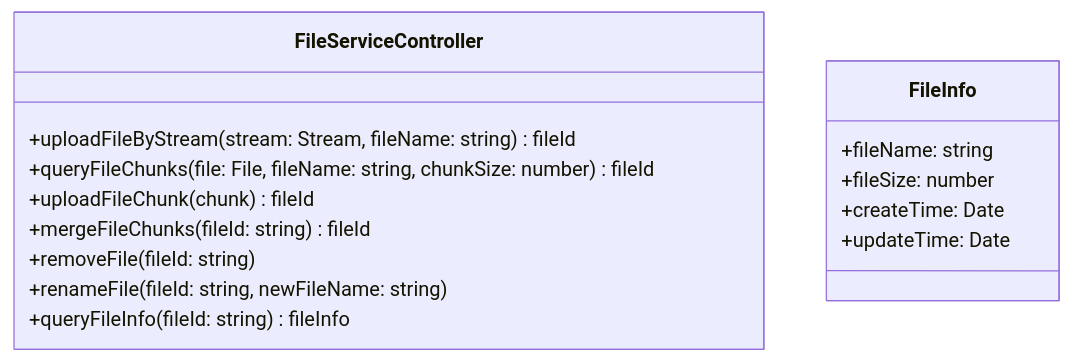
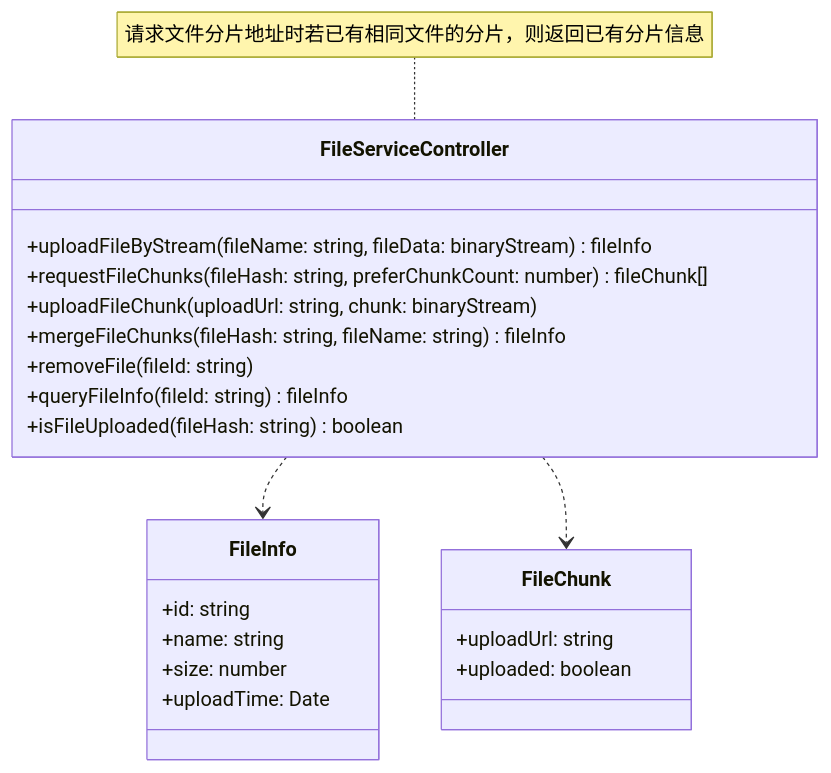
One commit to niuiic/file-service changed the second of 3 diagrams in README.md. Above: the diagram before and after it, drawn with Mermaid. The commit also changed other lines of this file, not shown here.

````diff
--- a/README.md
+++ b/README.md
@@ -39,22 +38,29 @@
 ```mermaid
 classDiagram
+    note for FileServiceController "请求文件分片地址时若已有相同文件的分片，则返回已有分片信息"
+    FileServiceController ..> FileInfo
+    FileServiceController ..> FileChunk
     class FileServiceController {
-        +uploadFileByStream(stream: Stream, fileName: string) fileId
-        +queryFileChunks(file: File, fileName: string, chunkSize: number) fileId
-        +uploadFileChunk(chunk) fileId
-        +mergeFileChunks(fileId: string) fileId
+        +uploadFileByStream(fileName: string, fileData: binaryStream) fileInfo
+        +requestFileChunks(fileHash: string, preferChunkCount: number) fileChunk[]
+        +uploadFileChunk(uploadUrl: string, chunk: binaryStream)
+        +mergeFileChunks(fileHash: string, fileName: string) fileInfo
 
         +removeFile(fileId: string)
 
-        +renameFile(fileId: string, newFileName: string)
-
         +queryFileInfo(fileId: string) fileInfo
+        +isFileUploaded(fileHash: string) boolean
     }
 
     class FileInfo {
-        +fileName: string
-        +fileSize: number
-        +createTime: Date
-        +updateTime: Date
+        +id: string
+        +name: string
+        +size: number
+        +uploadTime: Date
+    }
+
+    class FileChunk {
+        +uploadUrl: string
+        +uploaded: boolean
     }
 ```
````
